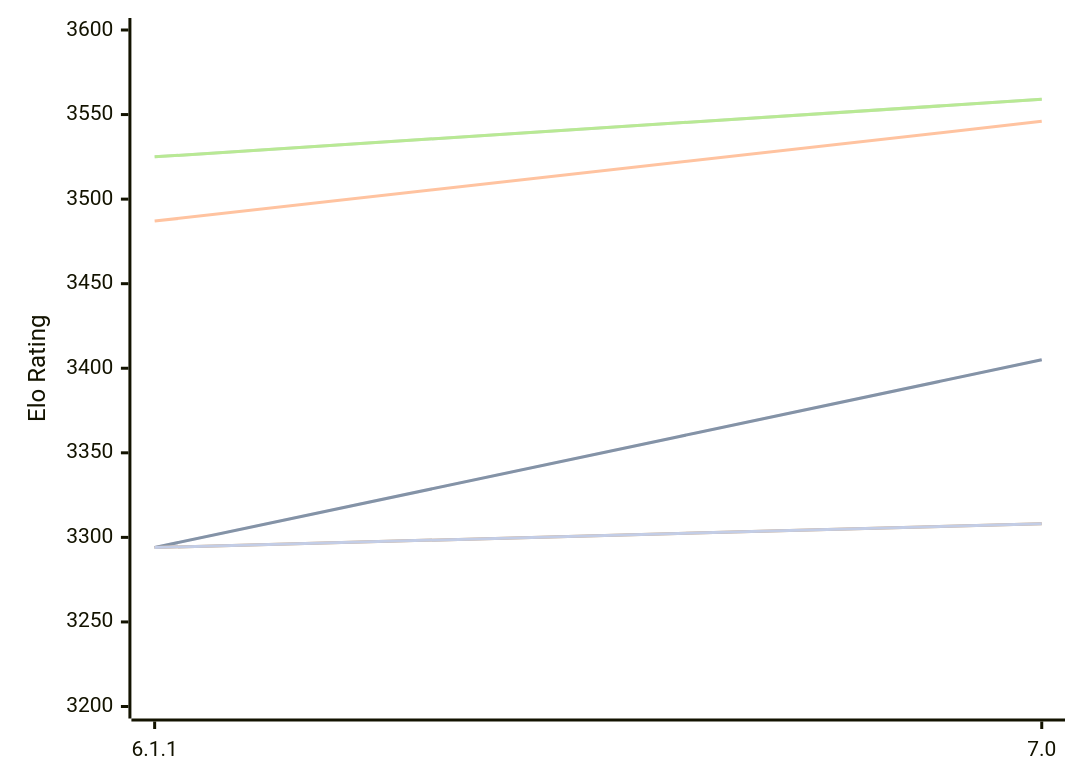
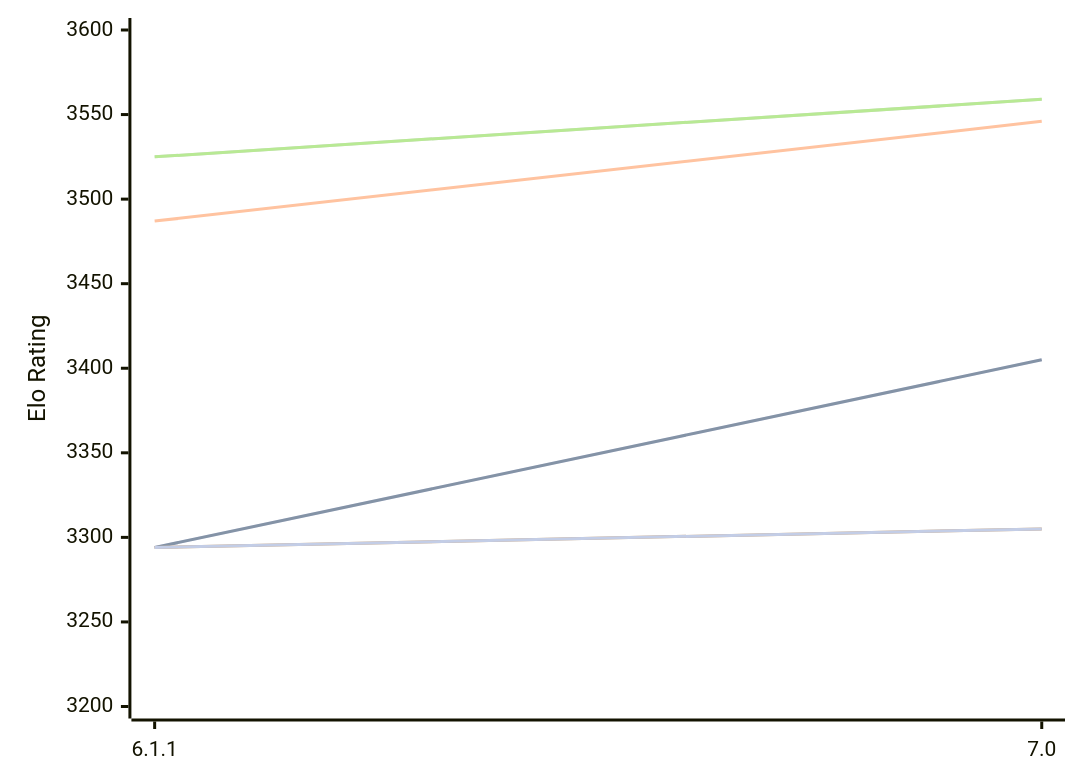
The diagram in engines/Astra.md (computer-chess-index/cci), drawn with Mermaid before and after one commit. The commit also changed other lines of this file, not shown here.

````diff
--- a/engines/Astra.md
+++ b/engines/Astra.md
@@ -48,13 +48,13 @@
 ```mermaid
 %%{init: {"theme":"base","themeVariables":{"seriesColors:['#a3a3a3','#222221','#faa371']}}}%%
 xychart-beta
   x-axis ["6.1.1", "7.0"]
   y-axis "Elo Rating" 3200 --> 3600
   line "" [3294, 3405]
   line "T1: STC (8.0+0.08s)" [3294, 3405]
   line "T1: LTC (60.0+0.60s)" [3487, 3546]
   line "" [3525, 3559]
   line "T1: VLTC (2m24s+1.12s)" [3525, 3559]
-  line "" [3294,3308]
-  line "E1: STC (8.0+0.08s)" [3294,3308]
+  line "" [3294,3305]
+  line "E1: STC (8.0+0.08s)" [3294,3305]
 ```
````
